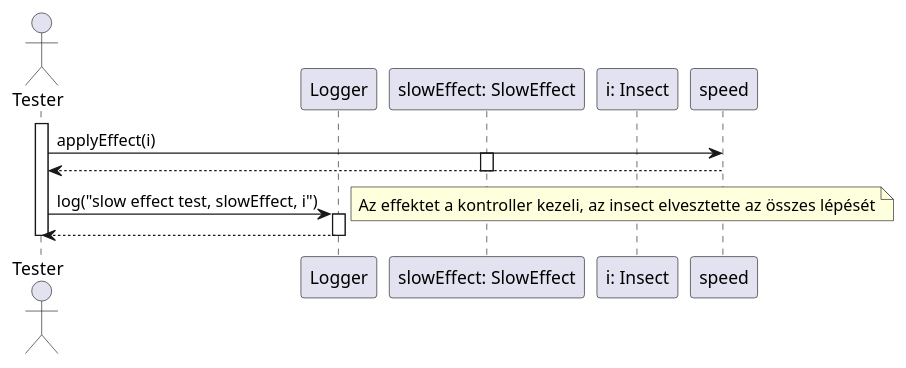
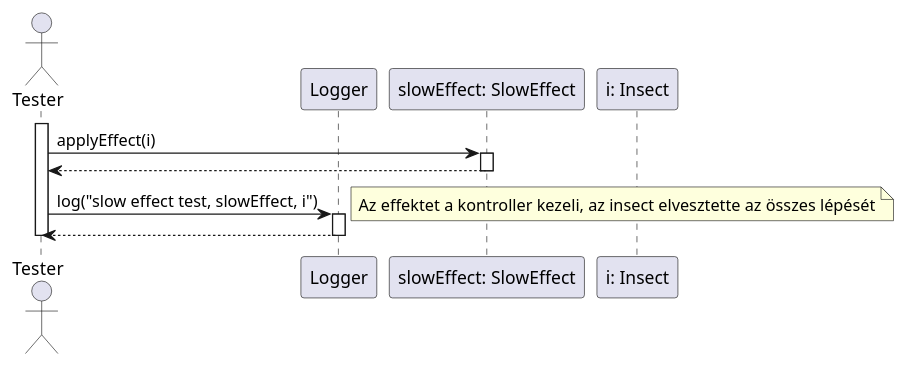
One commit to dzsem/projlab changed the diagram in diagrams/test-sequence/slowEffect.plantuml. Above: the diagram before and after it, drawn with PlantUML.

```diff
--- a/diagrams/test-sequence/slowEffect.plantuml
+++ b/diagrams/test-sequence/slowEffect.plantuml
@@ -1,26 +1,26 @@
 @startuml slowEffect
 
 actor Tester as tester
 
 participant "Logger" as logger
 participant "slowEffect: SlowEffect" as slow
 participant "i: Insect" as insect
 
 activate tester
 
-tester -> speed: applyEffect(i)
+tester -> slow: applyEffect(i)
 activate slow
 
-speed --> tester
+slow --> tester
 deactivate slow
 
 tester -> logger: log("slow effect test, slowEffect, i")
 note right: Az effektet a kontroller kezeli, az insect elvesztette az összes lépését
 activate logger
 
 logger--> tester
 deactivate logger
 
 deactivate tester
 
 @enduml
```
